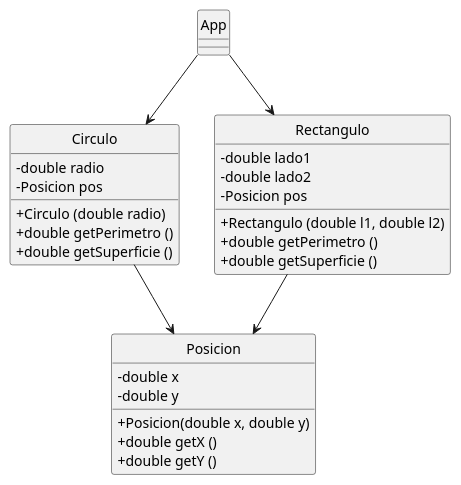
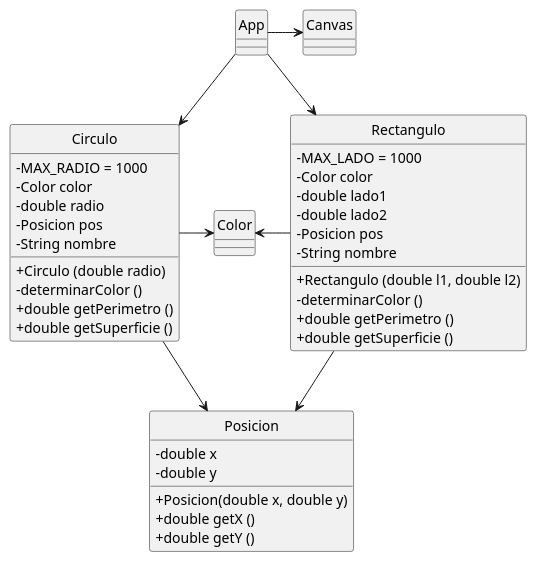
Before and after one commit to meschoyez/111mil-2020-PrimerosObjetos: the diagram in AppV2.puml, drawn with PlantUML. The commit also changed 3 other files, not shown here.

First line of the commit message:
Estructura if para control de radio en el circulo

```diff
--- a/AppV2.puml
+++ b/AppV2.puml
@@ -1,37 +1,48 @@
 @startuml AppV2
 
 skinparam ClassAttributeIconSize 0
 hide circle
 
 class Posicion {
     - double x
     - double y
     + Posicion(double x, double y)
     + double getX ()
     + double getY ()
 }
 
 class Circulo {
+    - MAX_RADIO = 1000
+    - Color color
     - double radio
     - Posicion pos
+    - String nombre
     + Circulo (double radio)
+    - determinarColor ()
     + double getPerimetro ()
     + double getSuperficie ()
 }
 
 class Rectangulo {
+    - MAX_LADO = 1000
+    - Color color
     - double lado1
     - double lado2
     - Posicion pos
+    - String nombre
     + Rectangulo (double l1, double l2)
+    - determinarColor ()
     + double getPerimetro ()
     + double getSuperficie ()
 }
 
 App --> Circulo
 App --> Rectangulo
+App -> Canvas
 
 Circulo --> Posicion
+Circulo -> Color
 Rectangulo -->Posicion
+Color <- Rectangulo
 
 @enduml
```
